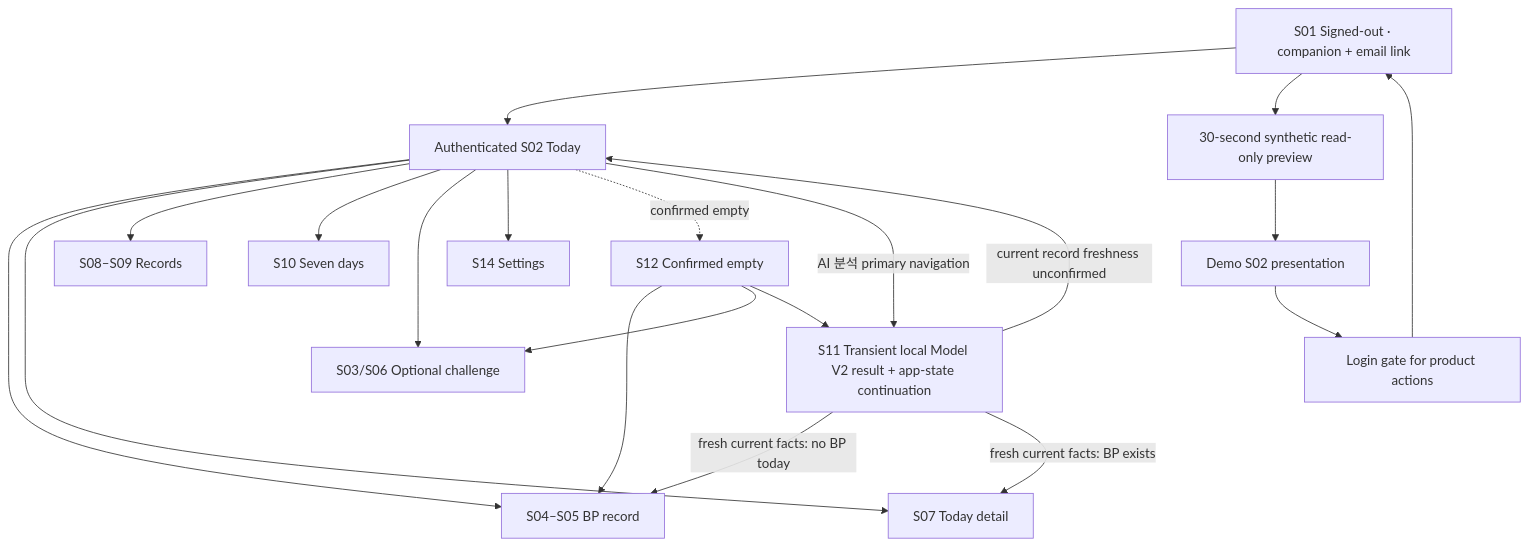
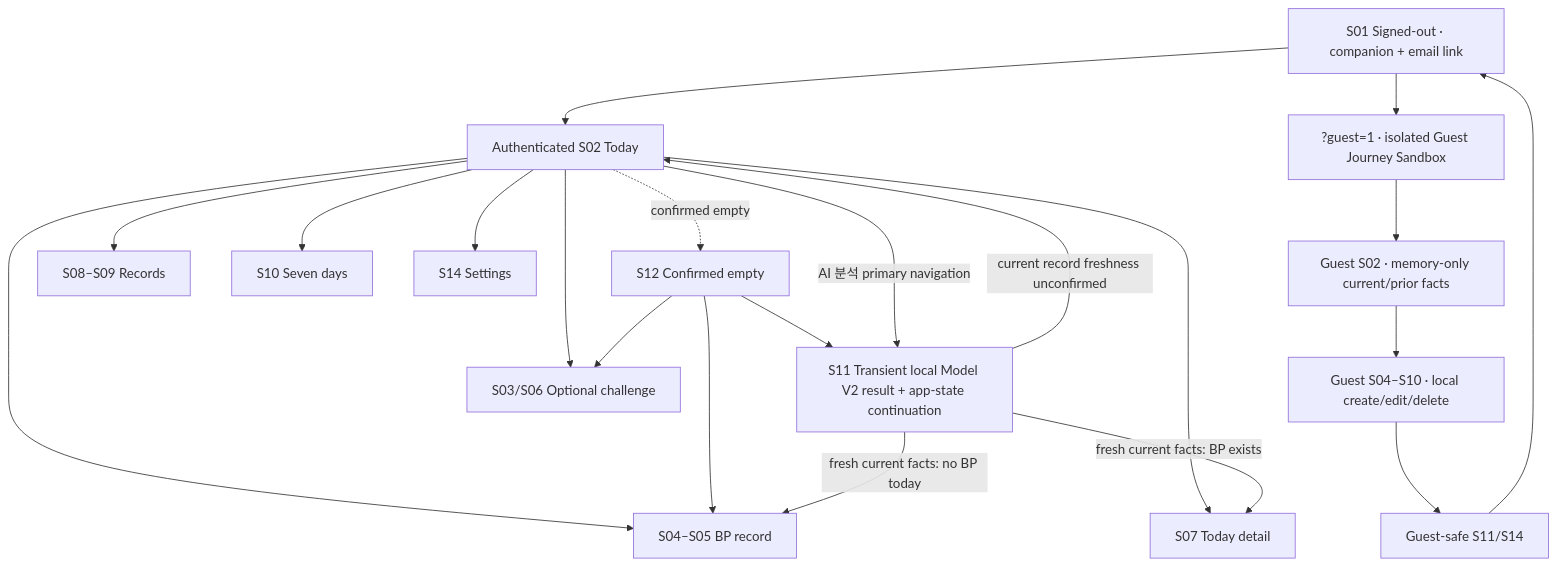
One commit to AI-HealthCare-05/AH_05_07 changed the first of 2 diagrams in docs/ux-flow.md. Above: the diagram before and after it, drawn with Mermaid. The commit also changed other lines of this file and 17 other files, not shown here.

Commit message:
feat(web): add isolated guest journey sandbox

````diff
--- a/docs/ux-flow.md
+++ b/docs/ux-flow.md
@@ -5,22 +5,23 @@
 ```mermaid
 flowchart TD
     A["S01 Signed-out · companion + email link"] --> B["Authenticated S02 Today"]
-    A --> P["30-second synthetic read-only preview"]
-    P --> Q["Demo S02 presentation"]
-    Q --> R["Login gate for product actions"]
-    R --> A
+    A --> P["?guest=1 · isolated Guest Journey Sandbox"]
+    P --> Q["Guest S02 · memory-only current/prior facts"]
+    Q --> R["Guest S04–S10 · local create/edit/delete"]
+    R --> T["Guest-safe S11/S14"]
+    T --> A
     B --> C["S04–S05 BP record"]
     B --> D["S07 Today detail"]
     B --> E["S08–S09 Records"]
     B --> F["S10 Seven days"]
     B --> G["S03/S06 Optional challenge"]
     B --> H["S14 Settings"]
     B -. confirmed empty .-> J["S12 Confirmed empty"]
     J --> C
     J --> G
     J --> I["S11 Transient local Model V2 result + app-state continuation"]
     B -->|AI 분석 primary navigation| I
     I -->|fresh current facts: no BP today| C
     I -->|fresh current facts: BP exists| D
     I -->|current record freshness unconfirmed| B
 ```
````
